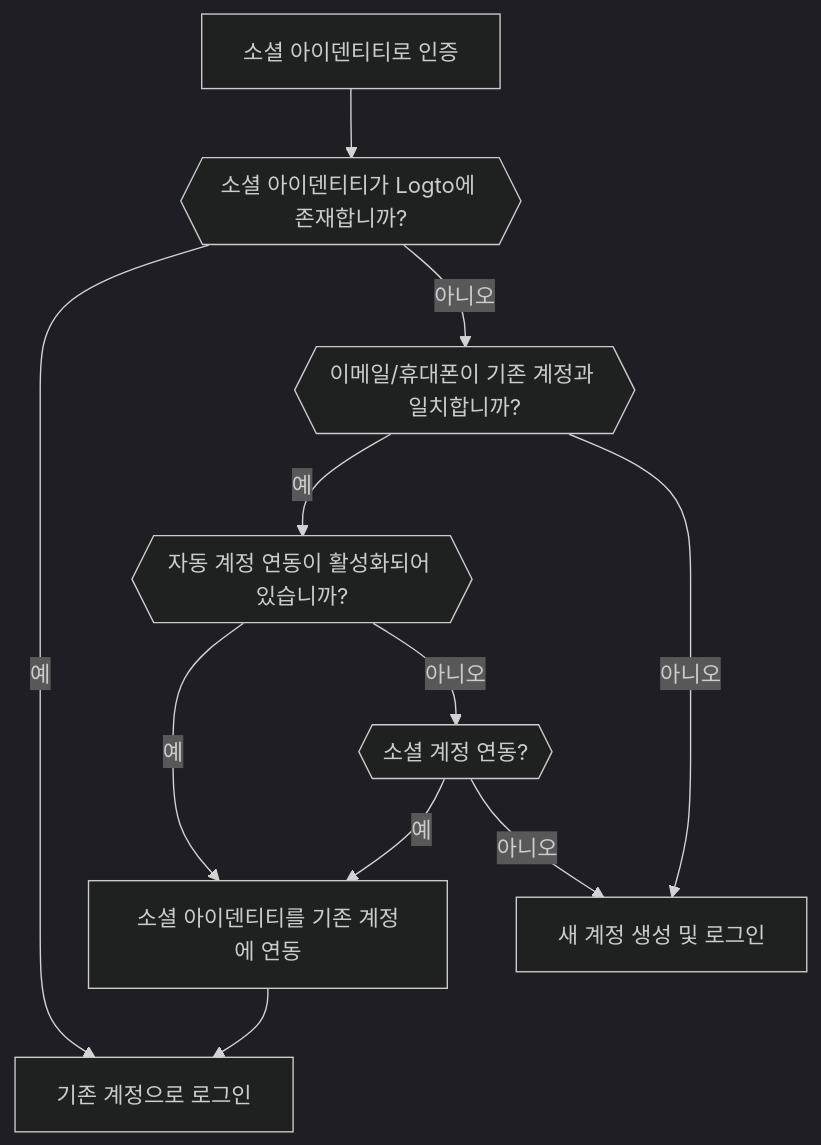
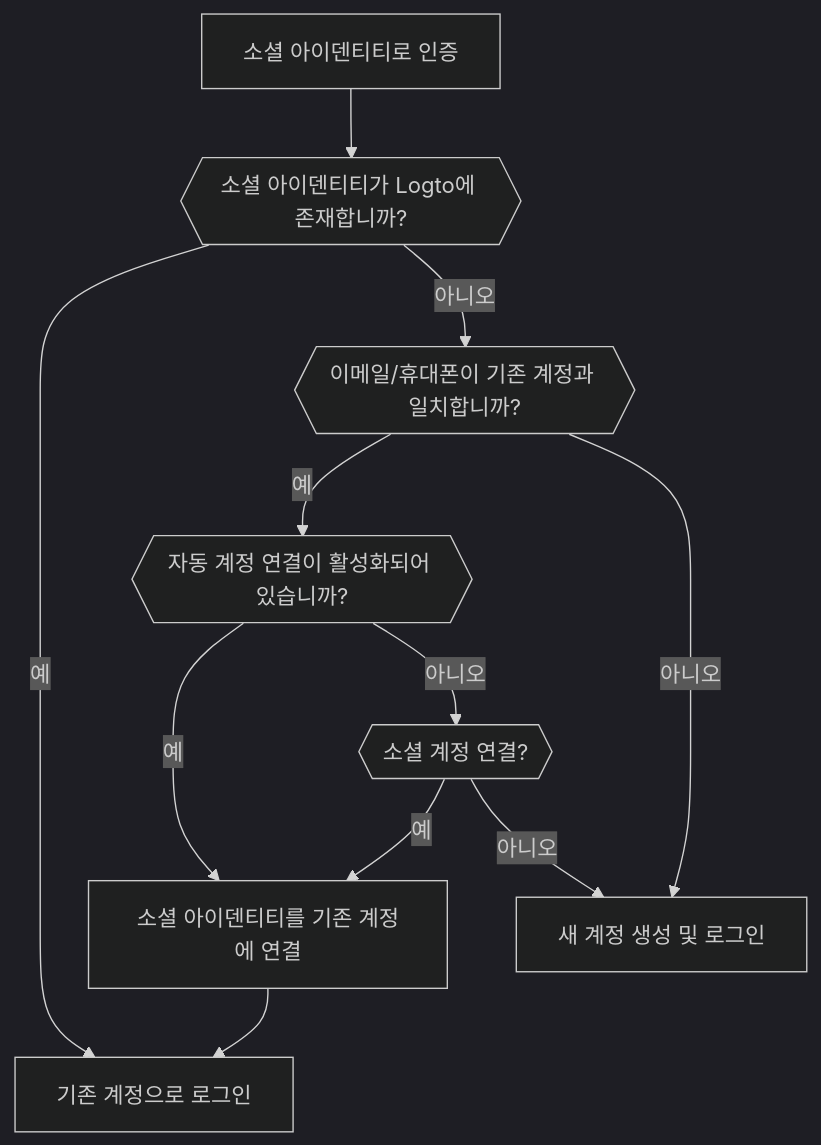
Before and after one commit to logto-io/docs: the second of 6 diagrams in i18n/ko/docusaurus-plugin-content-docs/current/end-user-flows/sign-up-and-sign-in/social-sign-in.mdx, drawn with Mermaid (dark theme). The commit also changed other lines of this file and 666 other files, not shown here.

````diff
--- a/i18n/ko/docusaurus-plugin-content-docs/current/end-user-flows/sign-up-and-sign-in/social-sign-in.mdx
+++ b/i18n/ko/docusaurus-plugin-content-docs/current/end-user-flows/sign-up-and-sign-in/social-sign-in.mdx
@@ -86,13 +86,13 @@
     ```mermaid
     flowchart TD
     A[소셜 아이덴티티로 인증] --> B{{소셜 아이덴티티가 Logto에 존재합니까?}}
     B -- 예 --> C[기존 계정으로 로그인]
     B -- 아니오 --> D{{이메일/휴대폰이 기존 계정과 일치합니까?}}
-    D -- 예 --> E{{자동 계정 연동이 활성화되어 있습니까?}}
-    E -- 예 --> G[소셜 아이덴티티를 기존 계정에 연동]
+    D -- 예 --> E{{자동 계정 연결이 활성화되어 있습니까?}}
+    E -- 예 --> G[소셜 아이덴티티를 기존 계정에 연결]
     G --> C
     D -- 아니오 --> H[새 계정 생성 및 로그인]
-    E -- 아니오 --> I{{소셜 계정 연동?}}
+    E -- 아니오 --> I{{소셜 계정 연결?}}
     I -- 예 --> G
     I -- 아니오 --> H
     ```
````
